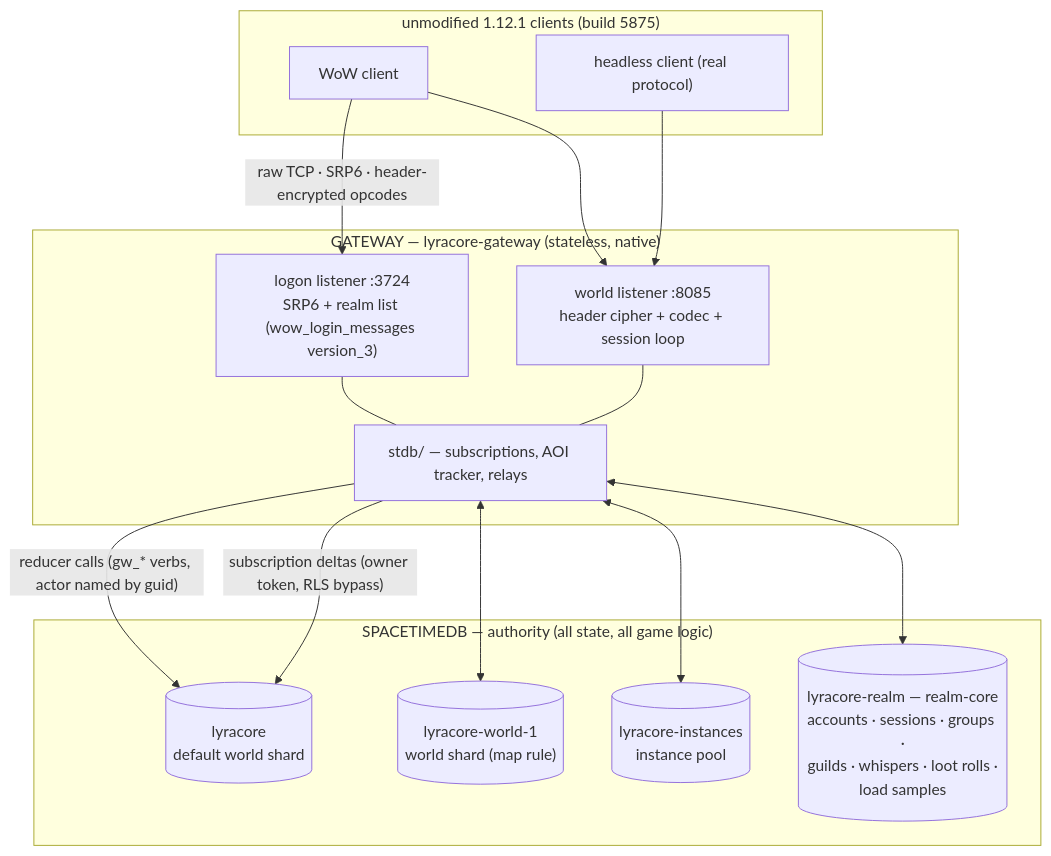
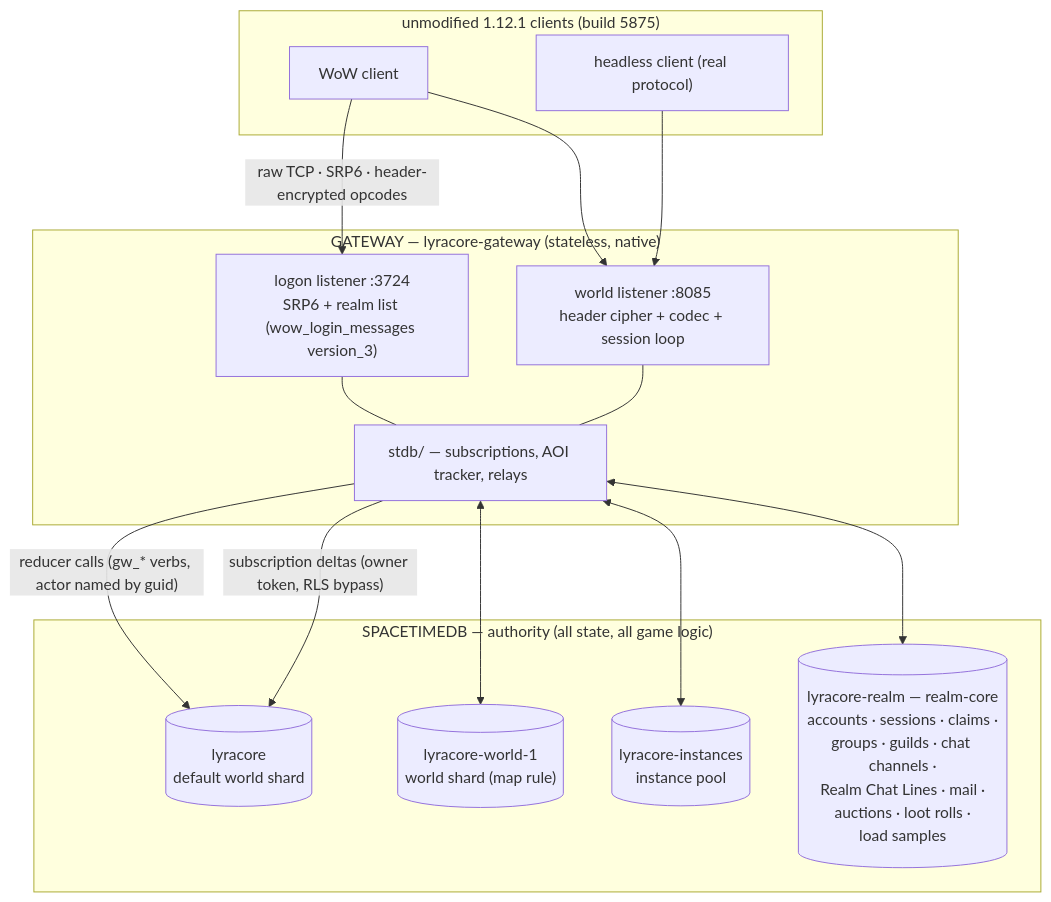
The diagram in docs/architecture.md (LyraCoreProject/LyraCore), drawn with Mermaid before and after one commit. The commit also changed other lines of this file and 4 other files, not shown here.

First line of the commit message:
docs(chat): describe realm-wide chat and add the chat client checklist

````diff
--- a/docs/architecture.md
+++ b/docs/architecture.md
@@ -27,31 +27,31 @@
 ```mermaid
 flowchart TB
     subgraph clients["unmodified 1.12.1 clients (build 5875)"]
         C1["WoW client"]
         C2["headless client (real protocol)"]
     end
 
     subgraph gw["GATEWAY — lyracore-gateway (stateless, native)"]
         LOGON["logon listener :3724<br/>SRP6 + realm list (wow_login_messages version_3)"]
         WORLD["world listener :8085<br/>header cipher + codec + session loop"]
         SUBS["stdb/ — subscriptions, AOI tracker, relays"]
     end
 
     subgraph stdb["SPACETIMEDB — authority (all state, all game logic)"]
         W0[("lyracore<br/>default world shard")]
         W1[("lyracore-world-1<br/>world shard (map rule)")]
         INST[("lyracore-instances<br/>instance pool")]
-        RC[("lyracore-realm — realm-core<br/>accounts · sessions · groups ·<br/>guilds · whispers · loot rolls ·<br/>load samples")]
+        RC[("lyracore-realm — realm-core<br/>accounts · sessions · claims ·<br/>groups · guilds · chat channels ·<br/>Realm Chat Lines · mail ·<br/>auctions · loot rolls ·<br/>load samples")]
     end
 
     C1 -- "raw TCP · SRP6 · header-encrypted opcodes" --> LOGON
     C1 --> WORLD
     C2 --> WORLD
     LOGON --- SUBS
     WORLD --- SUBS
     SUBS -- "reducer calls (gw_* verbs, actor named by guid)" --> W0
     SUBS -- "subscription deltas (owner token, RLS bypass)" --> W0
     SUBS <--> W1
     SUBS <--> INST
     SUBS <--> RC
 ```
````
